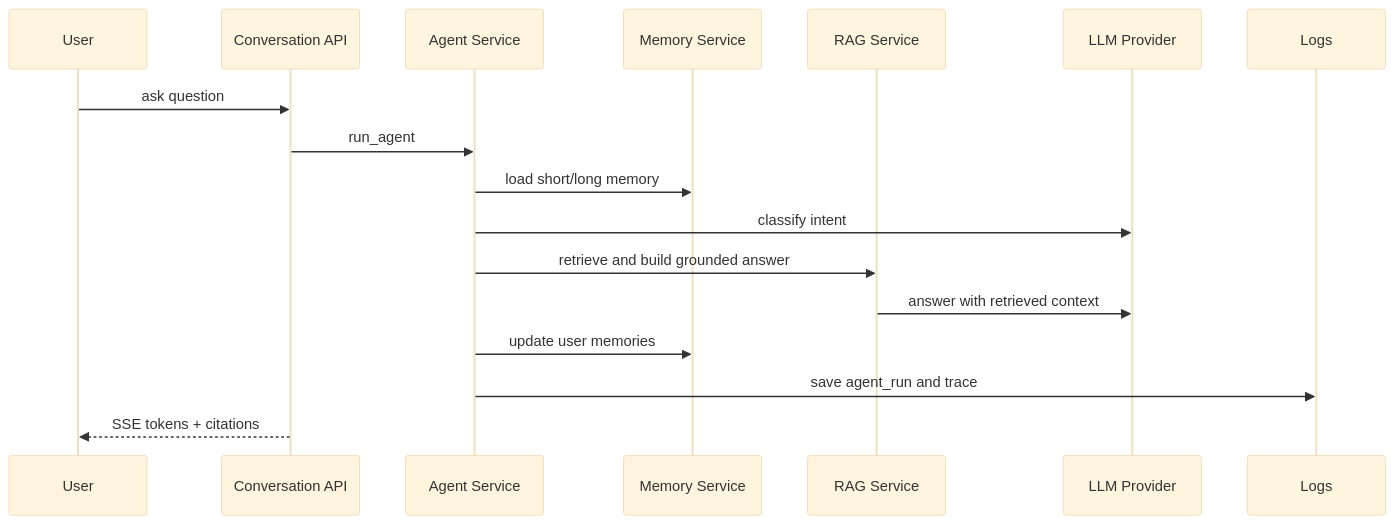
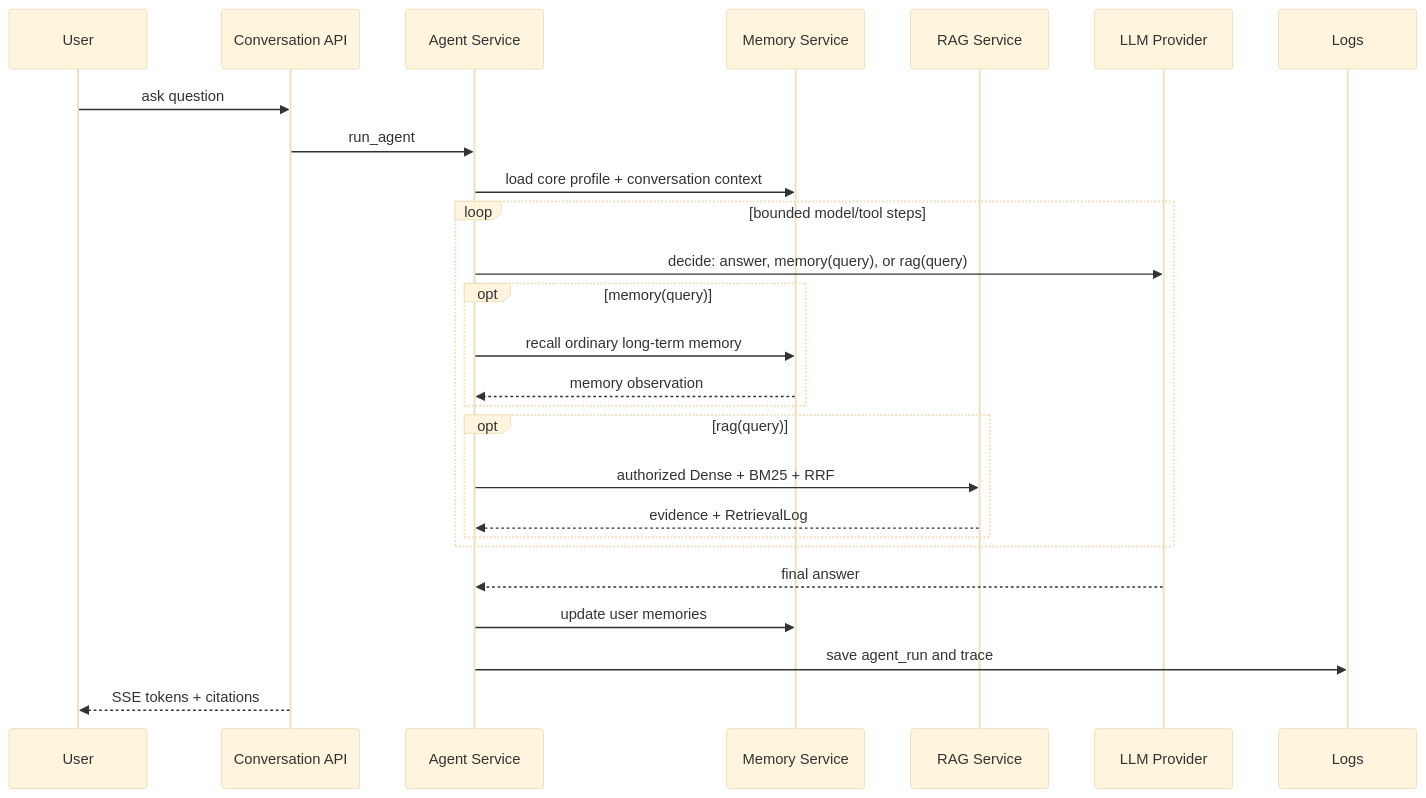
The third of 3 diagrams in docs/architecture_diagrams.md (ShuoLiu0603/knowledge-work-assistant), drawn with Mermaid (base theme) before and after one commit. The commit also changed 70 other files, not shown here.

````diff
--- a/docs/architecture_diagrams.md
+++ b/docs/architecture_diagrams.md
@@ -60,20 +60,29 @@
 ```mermaid
 sequenceDiagram
   participant U as User
   participant API as Conversation API
   participant A as Agent Service
   participant MEM as Memory Service
   participant RAG as RAG Service
   participant LLM as LLM Provider
   participant LOG as Logs
 
   U->>API: ask question
   API->>A: run_agent
-  A->>MEM: load short/long memory
-  A->>LLM: classify intent
-  A->>RAG: retrieve and build grounded answer
-  RAG->>LLM: answer with retrieved context
+  A->>MEM: load core profile + conversation context
+  loop bounded model/tool steps
+    A->>LLM: decide: answer, memory(query), or rag(query)
+    opt memory(query)
+      A->>MEM: recall ordinary long-term memory
+      MEM-->>A: memory observation
+    end
+    opt rag(query)
+      A->>RAG: authorized Dense + BM25 + RRF
+      RAG-->>A: evidence + RetrievalLog
+    end
+  end
+  LLM-->>A: final answer
   A->>MEM: update user memories
   A->>LOG: save agent_run and trace
   API-->>U: SSE tokens + citations
 ```
````
